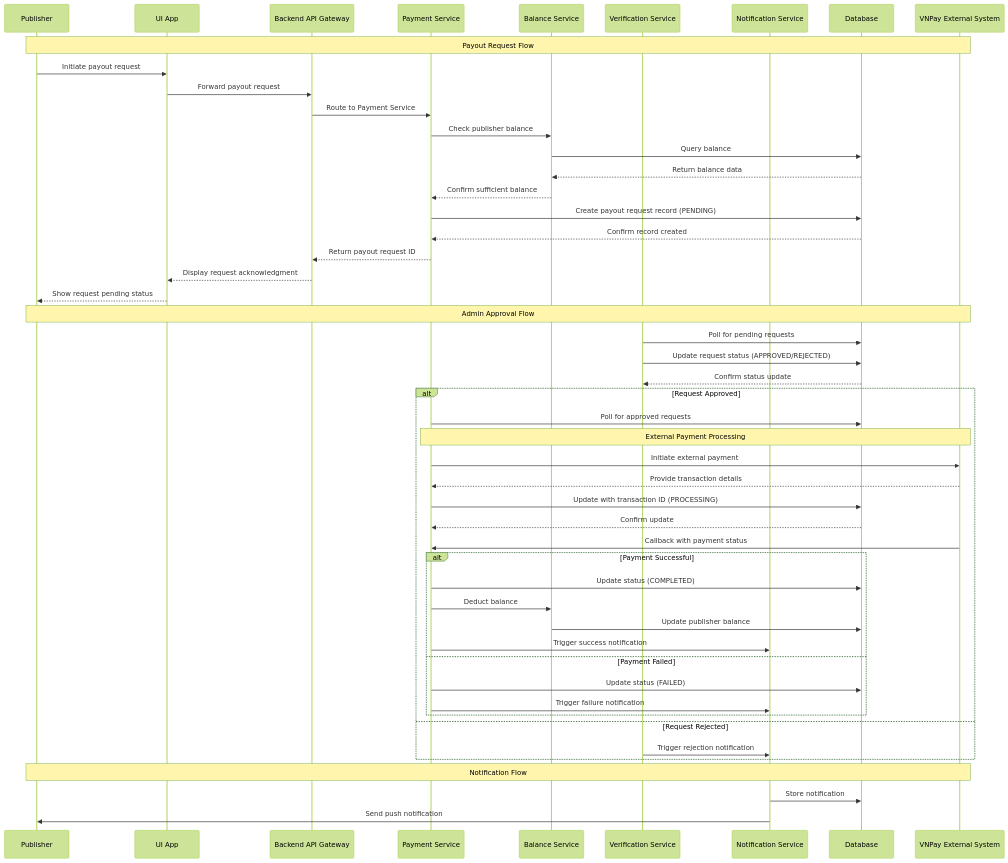
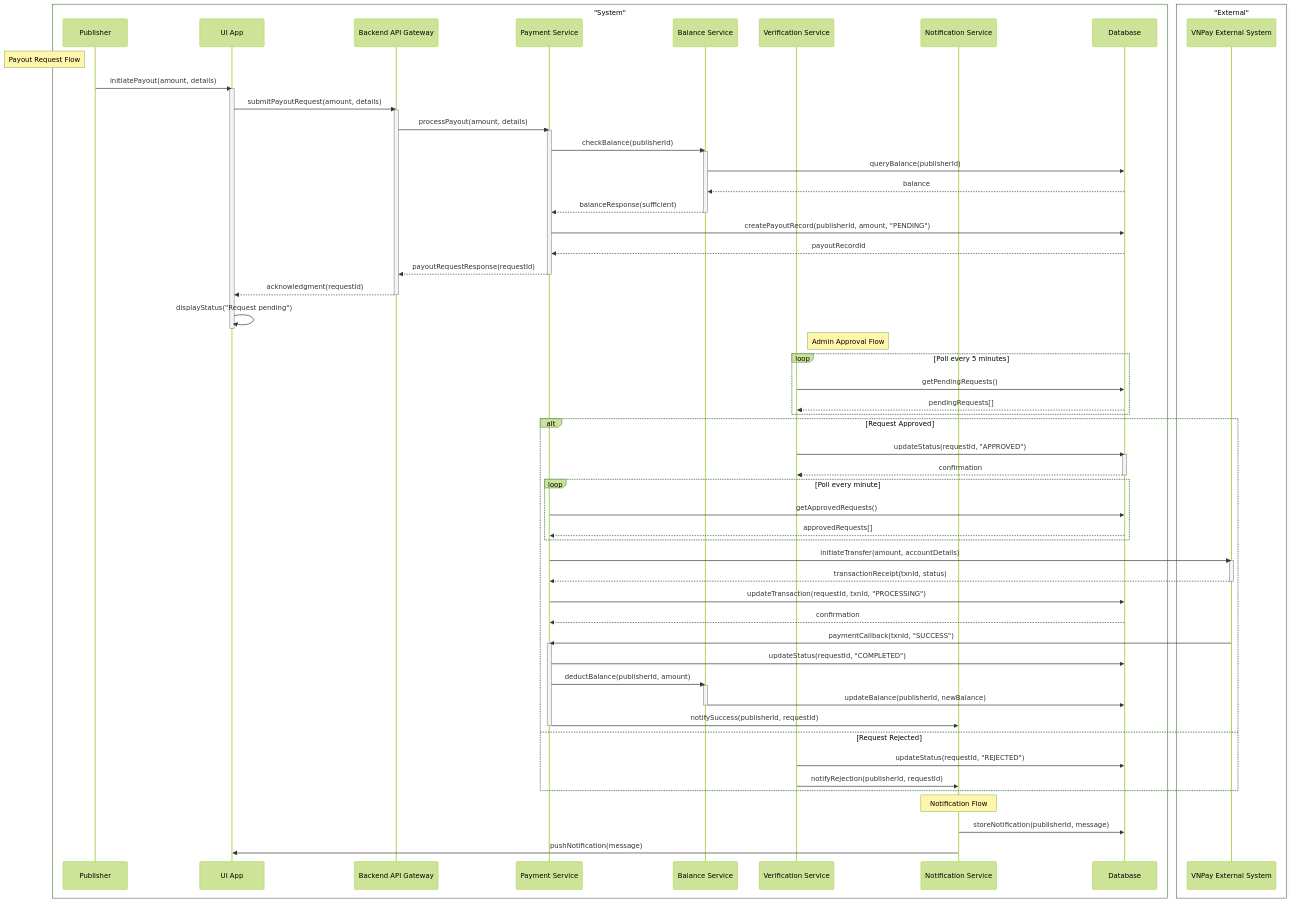
The diagram in doc/payment_sequence_diagram_v1.mmd (hieuvau198/BatMon-Affiliate-Network-API), drawn with Mermaid (forest theme) before and after one commit. The commit also changed other lines of this file and 8 other files, not shown here.

```diff
--- a/doc/payment_sequence_diagram_v1.mmd
+++ b/doc/payment_sequence_diagram_v1.mmd
@@ -1,63 +1,81 @@
 sequenceDiagram
-    participant P as Publisher
-    participant UI as UI App
-    participant API as Backend API Gateway
-    participant PS as Payment Service
-    participant BS as Balance Service
-    participant VS as Verification Service
-    participant NS as Notification Service
-    participant DB as Database
-    participant VNP as VNPay External System
-    
-    Note over P,VNP: Payout Request Flow
-    
-    P->>UI: Initiate payout request
-    UI->>API: Forward payout request
-    API->>PS: Route to Payment Service
-    
-    PS->>BS: Check publisher balance
-    BS->>DB: Query balance
-    DB-->>BS: Return balance data
-    BS-->>PS: Confirm sufficient balance
-    
-    PS->>DB: Create payout request record (PENDING)
-    DB-->>PS: Confirm record created
-    PS-->>API: Return payout request ID
-    API-->>UI: Display request acknowledgment
-    UI-->>P: Show request pending status
-    
-    Note over P,VNP: Admin Approval Flow
-    
-    VS->>DB: Poll for pending requests
-    VS->>DB: Update request status (APPROVED/REJECTED)
-    DB-->>VS: Confirm status update
-    
+    box "System"
+        participant P as Publisher
+        participant UI as UI App
+        participant API as Backend API Gateway
+        participant PS as Payment Service
+        participant BS as Balance Service
+        participant VS as Verification Service
+        participant NS as Notification Service
+        participant DB as Database
+    end
+    box "External"
+        participant VNP as VNPay External System
+    end
+
+    Note left of P: Payout Request Flow
+    P->>UI: initiatePayout(amount, details)
+    activate UI
+    UI->>API: submitPayoutRequest(amount, details)
+    activate API
+    API->>PS: processPayout(amount, details)
+    activate PS
+
+    PS->>BS: checkBalance(publisherId)
+    activate BS
+    BS->>DB: queryBalance(publisherId)
+    DB-->>BS: balance
+    BS-->>PS: balanceResponse(sufficient)
+    deactivate BS
+
+    PS->>DB: createPayoutRecord(publisherId, amount, "PENDING")
+    DB-->>PS: payoutRecordId
+    PS-->>API: payoutRequestResponse(requestId)
+    deactivate PS
+    API-->>UI: acknowledgment(requestId)
+    deactivate API
+    UI->>UI: displayStatus("Request pending")
+    deactivate UI
+
+    Note right of VS: Admin Approval Flow
+    loop Poll every 5 minutes
+        VS->>DB: getPendingRequests()
+        DB-->>VS: pendingRequests[]
+    end
+
     alt Request Approved
-        PS->>DB: Poll for approved requests
-        
-        Note over PS,VNP: External Payment Processing
-        PS->>VNP: Initiate external payment
-        VNP-->>PS: Provide transaction details
-        
-        PS->>DB: Update with transaction ID (PROCESSING)
-        DB-->>PS: Confirm update
-        
-        VNP->>PS: Callback with payment status
-        
-        alt Payment Successful
-            PS->>DB: Update status (COMPLETED)
-            PS->>BS: Deduct balance
-            BS->>DB: Update publisher balance
-            PS->>NS: Trigger success notification
-        else Payment Failed
-            PS->>DB: Update status (FAILED)
-            PS->>NS: Trigger failure notification
+        VS->>DB: updateStatus(requestId, "APPROVED")
+        activate DB
+        DB-->>VS: confirmation
+        deactivate DB
+
+        loop Poll every minute
+            PS->>DB: getApprovedRequests()
+            DB-->>PS: approvedRequests[]
         end
+
+        PS->>VNP: initiateTransfer(amount, accountDetails)
+        activate VNP
+        VNP-->>PS: transactionReceipt(txnId, status)
+        deactivate VNP
+
+        PS->>DB: updateTransaction(requestId, txnId, "PROCESSING")
+        DB-->>PS: confirmation
+
+        VNP->>PS: paymentCallback(txnId, "SUCCESS")
+        activate PS
+        PS->>DB: updateStatus(requestId, "COMPLETED")
+        PS->>BS: deductBalance(publisherId, amount)
+        activate BS
+        BS->>DB: updateBalance(publisherId, newBalance)
+        deactivate BS
+        PS->>NS: notifySuccess(publisherId, requestId)
+        deactivate PS
     else Request Rejected
-        VS->>NS: Trigger rejection notification
+        VS->>DB: updateStatus(requestId, "REJECTED")
+        VS->>NS: notifyRejection(publisherId, requestId)
     end
-    
-    Note over P,VNP: Notification Flow
-    
-    NS->>DB: Store notification
-    NS->>P: Send push notification
+
+    Note over NS: Notification Flow
+    NS->>DB: storeNotification(publisherId, message)
+    NS->>UI: pushNotification(message)  # Valid async notification
```
